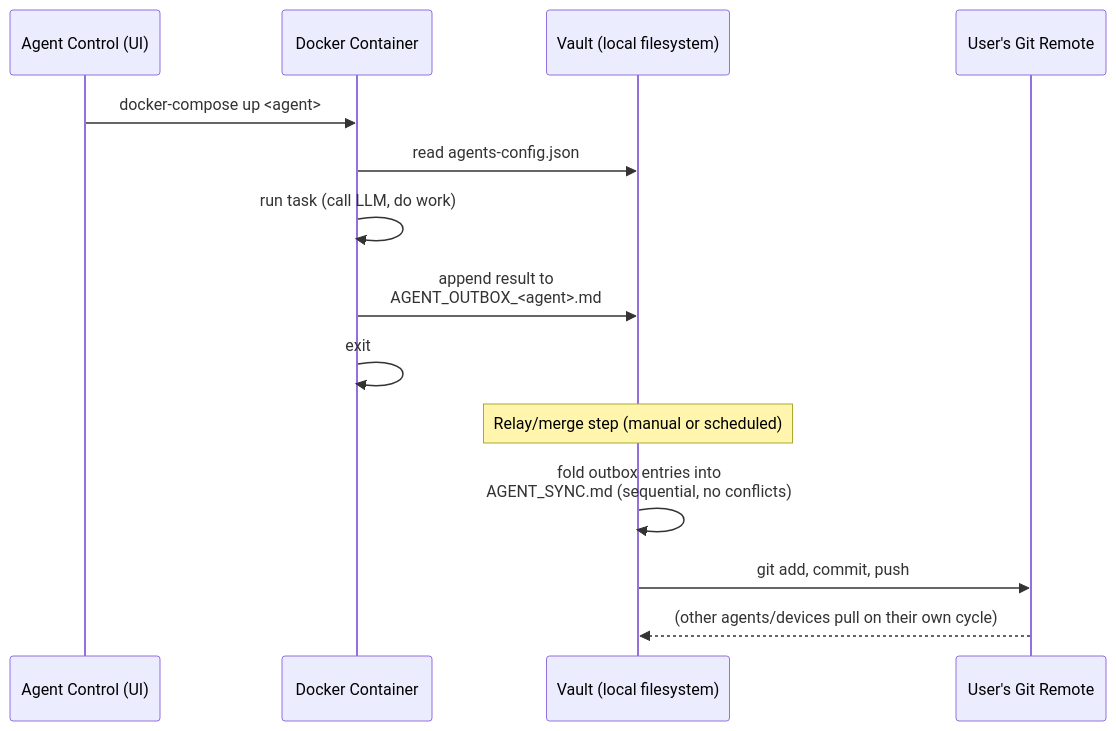
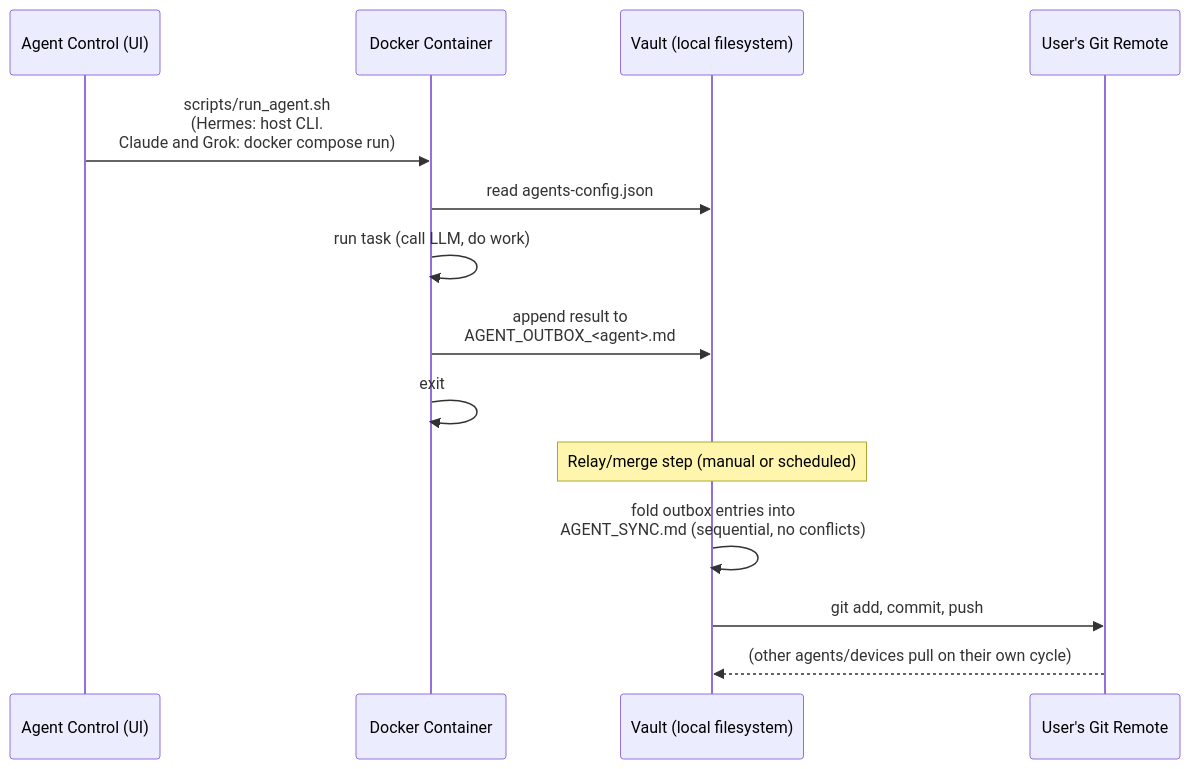
The third of 5 diagrams in ARCHITECTURE.md (jacobcowanr/ValhallaAI), drawn with Mermaid before and after one commit. The commit also changed other lines of this file and 5 other files, not shown here.

````diff
--- a/ARCHITECTURE.md
+++ b/ARCHITECTURE.md
@@ -163,18 +163,18 @@
 ```mermaid
 sequenceDiagram
     participant AC as Agent Control (UI)
     participant D as Docker Container
     participant V as Vault (local filesystem)
     participant G as User's Git Remote
 
-    AC->>D: docker-compose up <agent>
+    AC->>D: scripts/run_agent.sh<br/>(Hermes: host CLI.<br/>Claude and Grok: docker compose run)
     D->>V: read agents-config.json
     D->>D: run task (call LLM, do work)
     D->>V: append result to<br/>AGENT_OUTBOX_<agent>.md
     D->>D: exit
 
     Note over V: Relay/merge step (manual or scheduled)
     V->>V: fold outbox entries into<br/>AGENT_SYNC.md (sequential, no conflicts)
     V->>G: git add, commit, push
     G-->>V: (other agents/devices pull on their own cycle)
 ```
````
